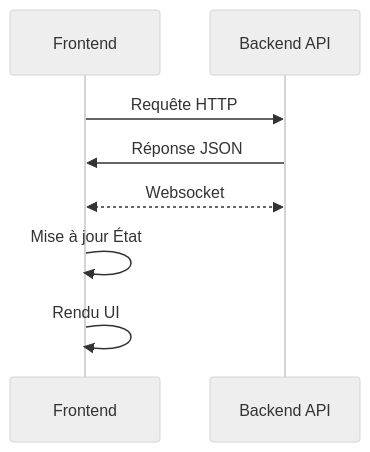
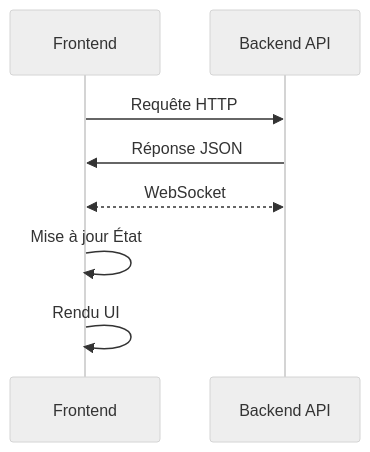
The fourth of 4 diagrams in content/cours/dev-frontend/concepts.md (opac-teach/teach-web-md), drawn with Mermaid (neutral theme) before and after one commit. The commit also changed other lines of this file and 11 other files, not shown here.

````diff
--- a/content/cours/dev-frontend/concepts.md
+++ b/content/cours/dev-frontend/concepts.md
@@ -192,12 +192,12 @@
 ```mermaid
 sequenceDiagram
     participant F as Frontend
     participant B as Backend API
     F->>B: Requête HTTP
     B->>F: Réponse JSON
-    F<<-->>B: Websocket
+    F<<-->>B: WebSocket
     F->>F: Mise à jour État
     F->>F: Rendu UI
 
 
 ```
````
